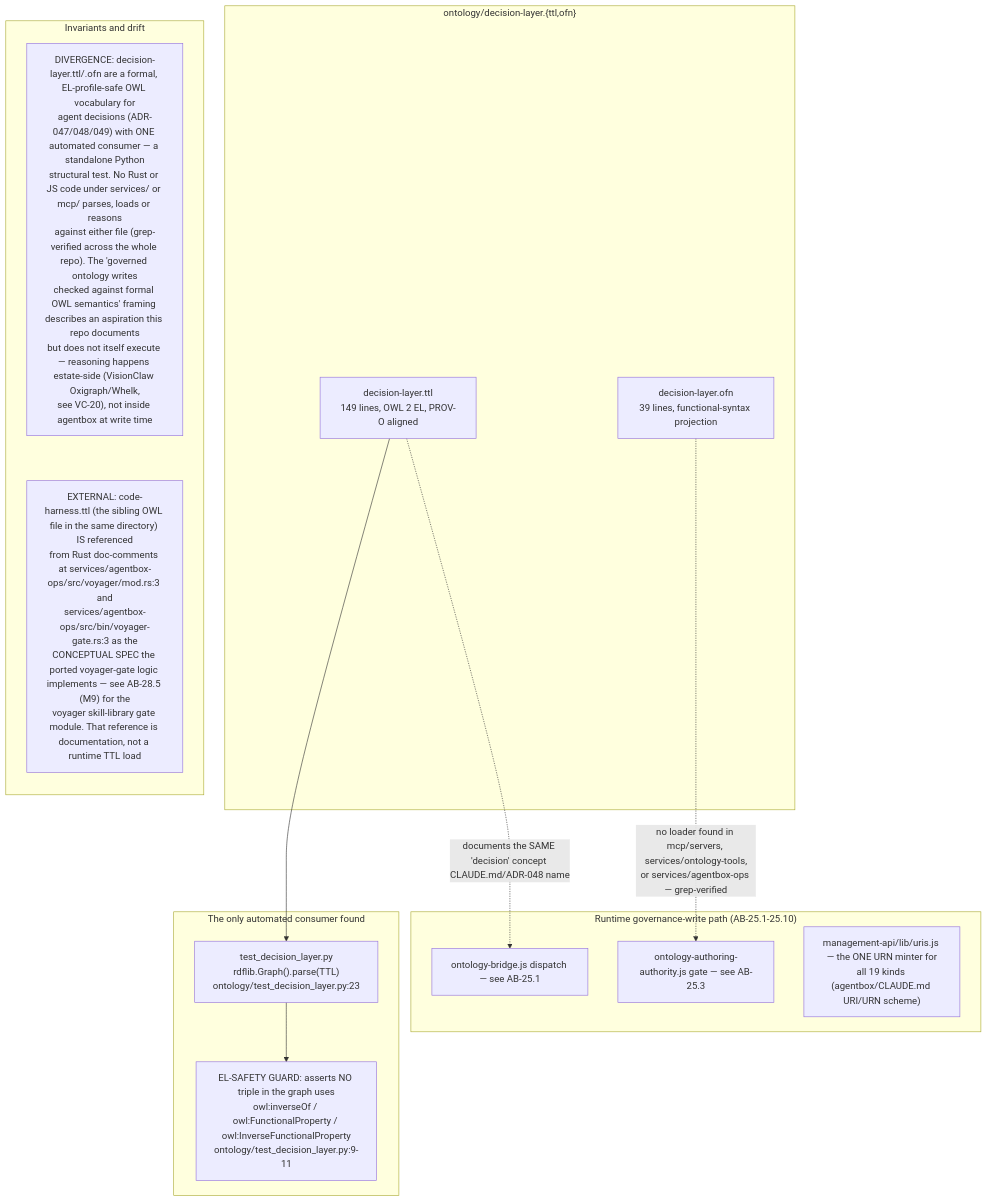
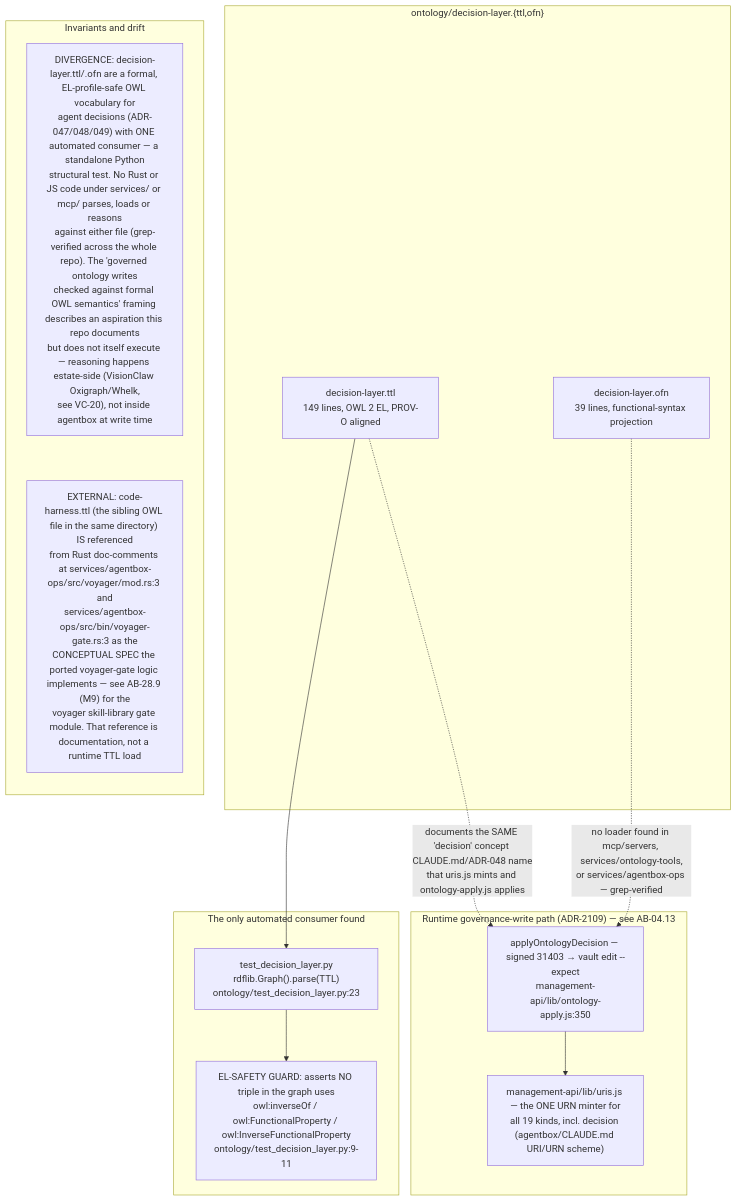
Before and after one commit to DreamLab-AI/VisionFlow: the fifth of 5 diagrams in docs/diagrams/agentbox/25-ontology-tools-and-governed-writes.md, drawn with Mermaid. The commit also changed other lines of this file and 136 other files, not shown here.

First line of the commit message:
docs(diagrams): refresh the whole corpus to code HEAD and prune low-value diagrams

````diff
--- a/docs/diagrams/agentbox/25-ontology-tools-and-governed-writes.md
+++ b/docs/diagrams/agentbox/25-ontology-tools-and-governed-writes.md
@@ -492,26 +190,26 @@
 ```mermaid
 flowchart TB
     subgraph schema["ontology/decision-layer.{ttl,ofn}"]
         TTL["decision-layer.ttl<br/>149 lines, OWL 2 EL, PROV-O aligned"]
         OFN["decision-layer.ofn<br/>39 lines, functional-syntax projection"]
     end
     subgraph tested["The only automated consumer found"]
         PYTEST["test_decision_layer.py<br/>rdflib.Graph#40;#41;.parse#40;TTL#41;<br/>ontology/test_decision_layer.py:23"]
         ELGUARD["EL-SAFETY GUARD: asserts NO triple in the graph uses<br/>owl:inverseOf / owl:FunctionalProperty / owl:InverseFunctionalProperty<br/>ontology/test_decision_layer.py:9-11"]
     end
-    subgraph runtime["Runtime governance-write path (AB-25.1-25.10)"]
-        BRIDGE["ontology-bridge.js dispatch — see AB-25.1"]
-        AUTHORITY["ontology-authoring-authority.js gate — see AB-25.3"]
-        URIS["management-api/lib/uris.js — the ONE URN minter for<br/>all 19 kinds (agentbox/CLAUDE.md URI/URN scheme)"]
+    subgraph runtime["Runtime governance-write path (ADR-2109) — see AB-04.13"]
+        APPLY["applyOntologyDecision — signed 31403 → vault edit --expect<br/>management-api/lib/ontology-apply.js:350"]
+        URIS["management-api/lib/uris.js — the ONE URN minter for<br/>all 19 kinds, incl. decision (agentbox/CLAUDE.md URI/URN scheme)"]
     end
     TTL --> PYTEST
     PYTEST --> ELGUARD
-    TTL -.->|"documents the SAME 'decision' concept CLAUDE.md/ADR-048 name"| BRIDGE
-    OFN -.->|"no loader found in mcp/servers, services/ontology-tools,<br/>or services/agentbox-ops — grep-verified"| AUTHORITY
+    TTL -.->|"documents the SAME 'decision' concept CLAUDE.md/ADR-048 name<br/>that uris.js mints and ontology-apply.js applies"| APPLY
+    OFN -.->|"no loader found in mcp/servers, services/ontology-tools,<br/>or services/agentbox-ops — grep-verified"| APPLY
+    APPLY --> URIS
     subgraph notes["Invariants and drift"]
         direction TB
         N1["DIVERGENCE: decision-layer.ttl/.ofn are a formal, EL-profile-safe OWL vocabulary for<br/>agent decisions (ADR-047/048/049) with ONE automated consumer — a standalone Python<br/>structural test. No Rust or JS code under services/ or mcp/ parses, loads or reasons<br/>against either file (grep-verified across the whole repo). The 'governed ontology writes<br/>checked against formal OWL semantics' framing describes an aspiration this repo documents<br/>but does not itself execute — reasoning happens estate-side (VisionClaw Oxigraph/Whelk,<br/>see VC-20), not inside agentbox at write time"]
-        N2["EXTERNAL: code-harness.ttl #40;the sibling OWL file in the same directory#41; IS referenced<br/>from Rust doc-comments at services/agentbox-ops/src/voyager/mod.rs:3 and<br/>services/agentbox-ops/src/bin/voyager-gate.rs:3 as the<br/>CONCEPTUAL SPEC the ported voyager-gate logic implements — see AB-28.5 (M9) for the<br/>voyager skill-library gate module. That reference is documentation, not a runtime TTL load"]
+        N2["EXTERNAL: code-harness.ttl #40;the sibling OWL file in the same directory#41; IS referenced<br/>from Rust doc-comments at services/agentbox-ops/src/voyager/mod.rs:3 and<br/>services/agentbox-ops/src/bin/voyager-gate.rs:3 as the<br/>CONCEPTUAL SPEC the ported voyager-gate logic implements — see AB-28.9 (M9) for the<br/>voyager skill-library gate module. That reference is documentation, not a runtime TTL load"]
         N1 ~~~ N2
     end
 ```
````
